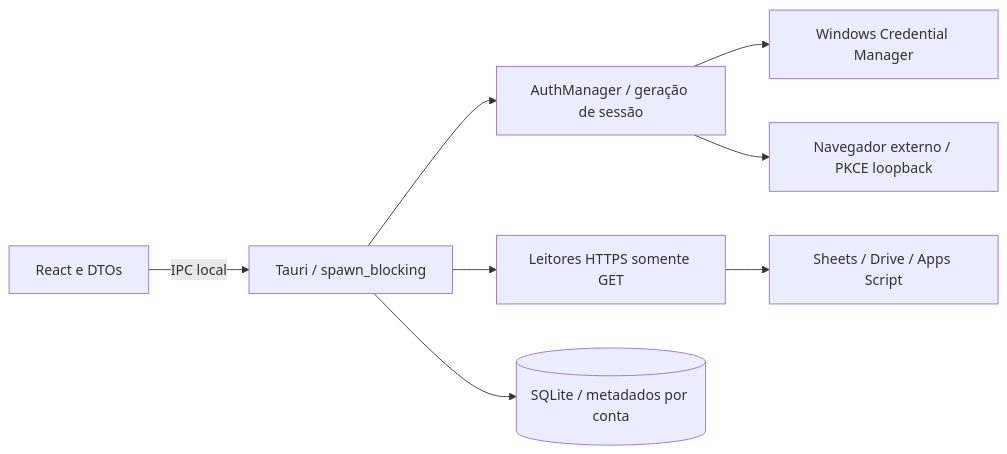
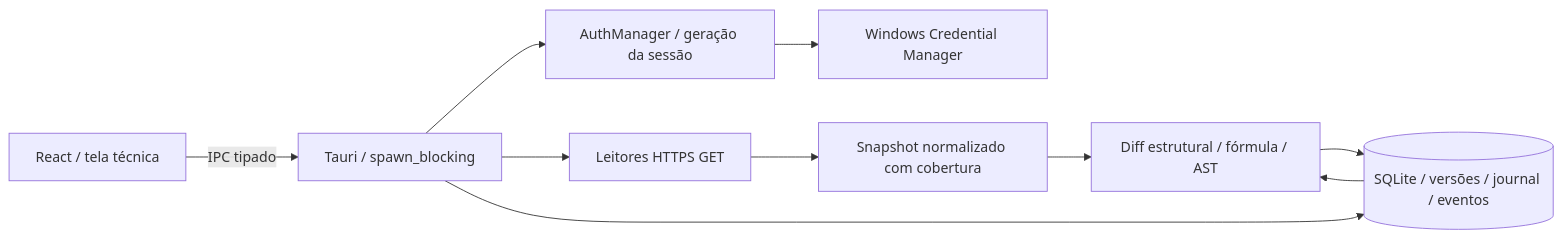
Before and after one commit to kaykyDias04/sheets_monitor: the diagram in docs/architecture.md, drawn with Mermaid. The commit also changed other lines of this file and 91 other files, not shown here.

````diff
--- a/docs/architecture.md
+++ b/docs/architecture.md
@@ -5,10 +5,12 @@
 ```mermaid
 flowchart LR
-    UI[React e DTOs] -->|IPC local| Runtime[Tauri / spawn_blocking]
-    Runtime --> Auth[AuthManager / geração de sessão]
-    Auth --> Vault[Windows Credential Manager]
-    Auth --> Browser[Navegador externo / PKCE loopback]
-    Runtime --> Google[Leitores HTTPS somente GET]
-    Google --> APIs[Sheets / Drive / Apps Script]
-    Runtime --> DB[(SQLite / metadados por conta)]
+ UI[React / tela técnica] -->|IPC tipado| Runtime[Tauri / spawn_blocking]
+ Runtime --> Auth[AuthManager / geração da sessão]
+ Auth --> Vault[Windows Credential Manager]
+ Runtime --> Google[Leitores HTTPS GET]
+ Google --> Normalize[Snapshot normalizado com cobertura]
+ Normalize --> Engine[Diff estrutural / fórmula / AST]
+ DB[(SQLite / versões / journal / eventos)] --> Engine
+ Engine --> DB
+ Runtime --> DB
 ```
````
